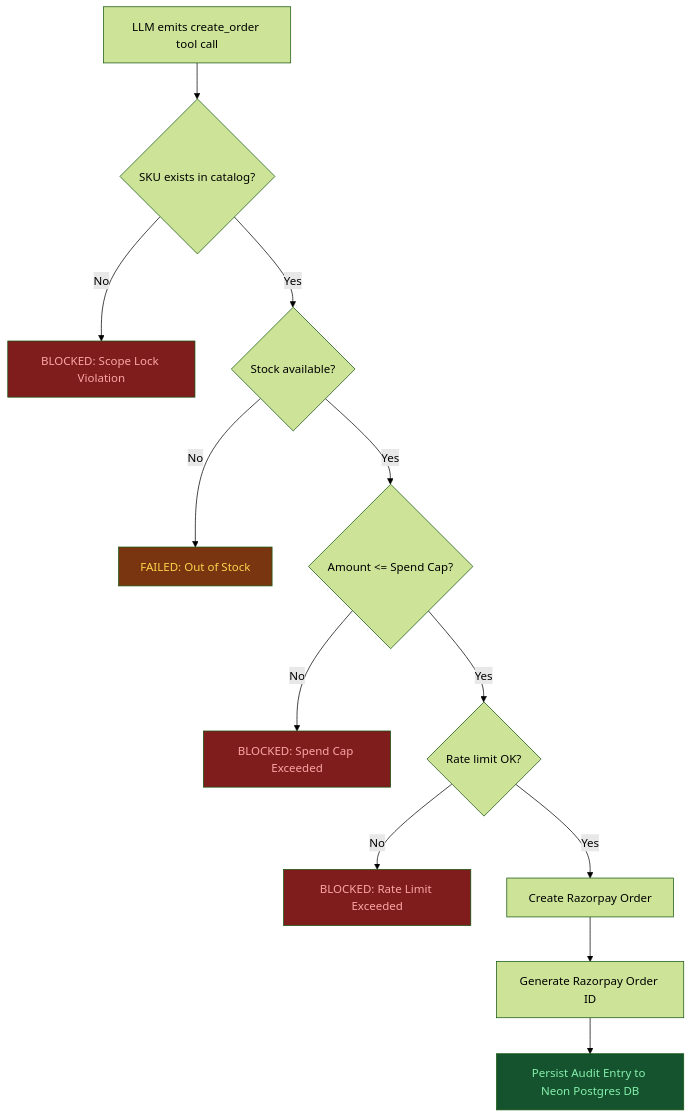
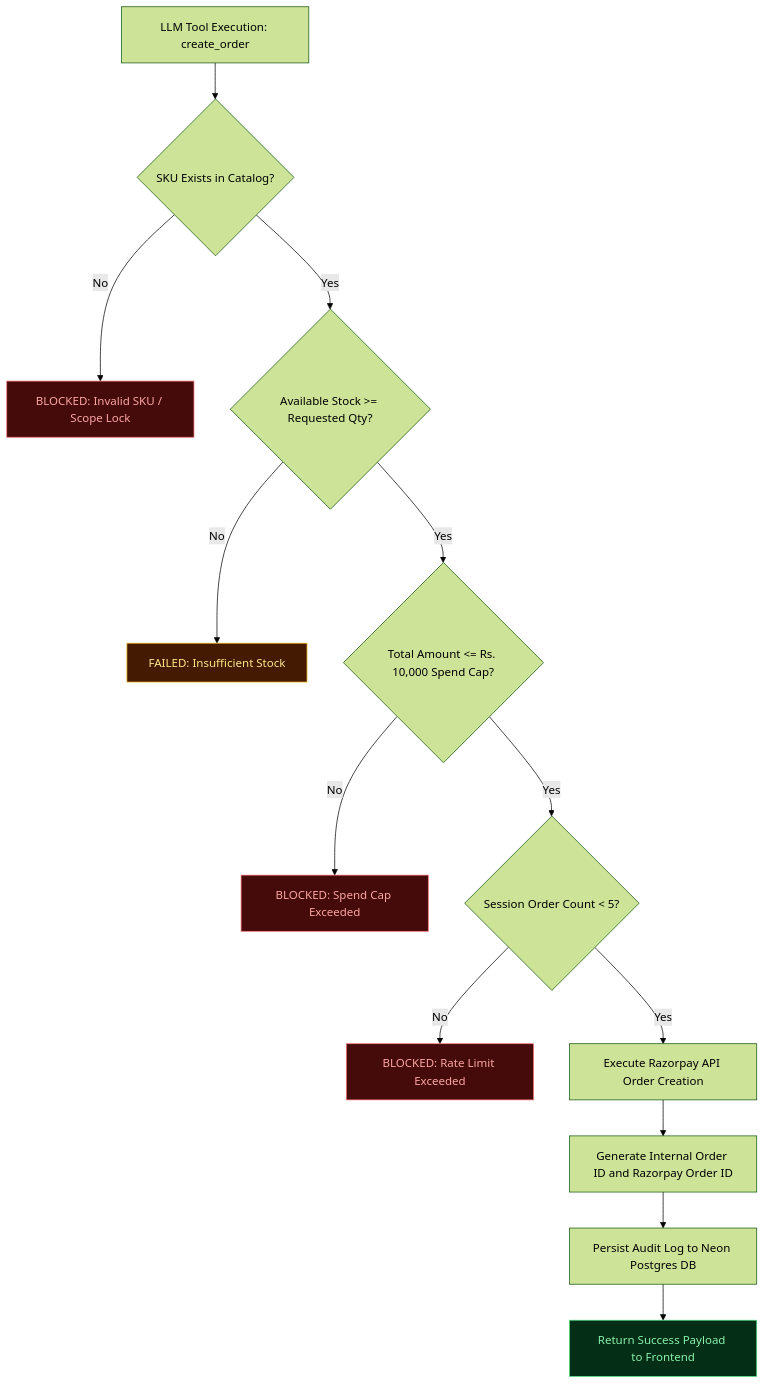
The fifth of 6 diagrams in README.md (Vijajraj/Razorpay_checkout_agent), drawn with Mermaid (forest theme) before and after one commit. The commit also changed other lines of this file, not shown here.

Commit message:
docs: remove all emojis from README, add Mermaid diagrams, and enhance architecture documentation

````diff
--- a/README.md
+++ b/README.md
@@ -166,20 +240,21 @@
 ```mermaid
 flowchart TD
-    A[LLM emits create_order tool call] --> B{SKU exists in catalog?}
-    B -- No --> X1[BLOCKED: Scope Lock Violation]
-    B -- Yes --> C{Stock available?}
-    C -- No --> X2[FAILED: Out of Stock]
-    C -- Yes --> D{Amount <= Spend Cap?}
-    D -- No --> X3[BLOCKED: Spend Cap Exceeded]
-    D -- Yes --> E{Rate limit OK?}
-    E -- No --> X4[BLOCKED: Rate Limit Exceeded]
-    E -- Yes --> F[Create Razorpay Order]
-    F --> G[Generate Razorpay Order ID]
-    G --> H[Persist Audit Entry to Neon Postgres DB]
+    A[LLM Tool Execution: create_order] --> B{SKU Exists in Catalog?}
+    B -- No --> C[BLOCKED: Invalid SKU / Scope Lock]
+    B -- Yes --> D{Available Stock >= Requested Qty?}
+    D -- No --> E[FAILED: Insufficient Stock]
+    D -- Yes --> F{Total Amount <= Rs. 10,000 Spend Cap?}
+    F -- No --> G[BLOCKED: Spend Cap Exceeded]
+    F -- Yes --> H{Session Order Count < 5?}
+    H -- No --> I[BLOCKED: Rate Limit Exceeded]
+    H -- Yes --> J[Execute Razorpay API Order Creation]
+    J --> K[Generate Internal Order ID and Razorpay Order ID]
+    K --> L[Persist Audit Log to Neon Postgres DB]
+    L --> M[Return Success Payload to Frontend]
 
-    style X1 fill:#7f1d1d,color:#fca5a5
-    style X2 fill:#78350f,color:#fcd34d
-    style X3 fill:#7f1d1d,color:#fca5a5
-    style X4 fill:#7f1d1d,color:#fca5a5
-    style H fill:#14532d,color:#86efac
+    style C fill:#450a0a,stroke:#f87171,color:#fca5a5
+    style E fill:#451a03,stroke:#fbbf24,color:#fde68a
+    style G fill:#450a0a,stroke:#f87171,color:#fca5a5
+    style I fill:#450a0a,stroke:#f87171,color:#fca5a5
+    style M fill:#052e16,stroke:#4ade80,color:#86efac
 ```
````
